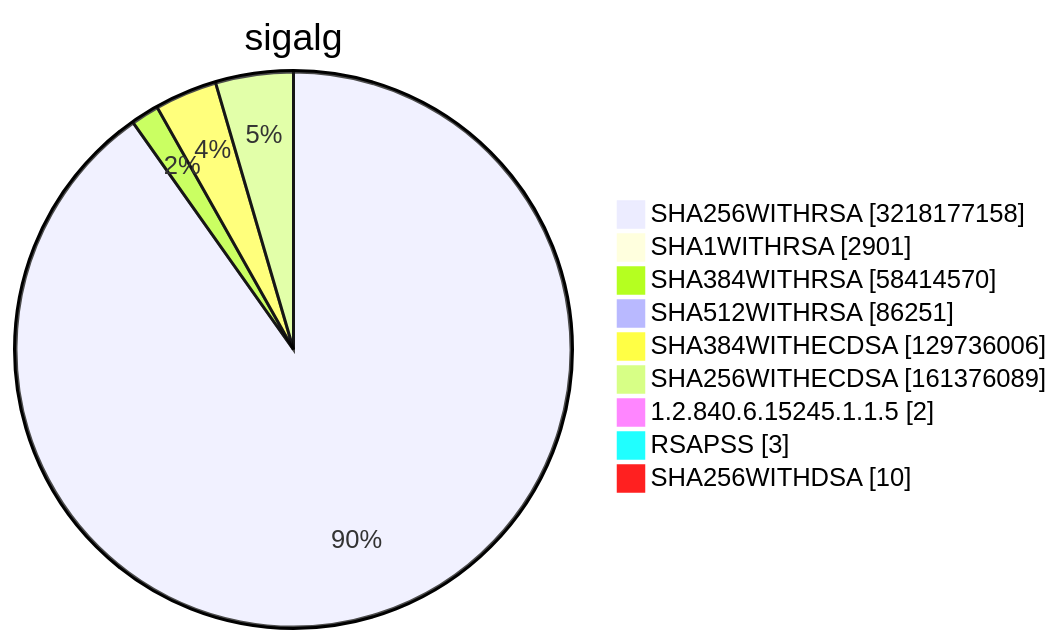
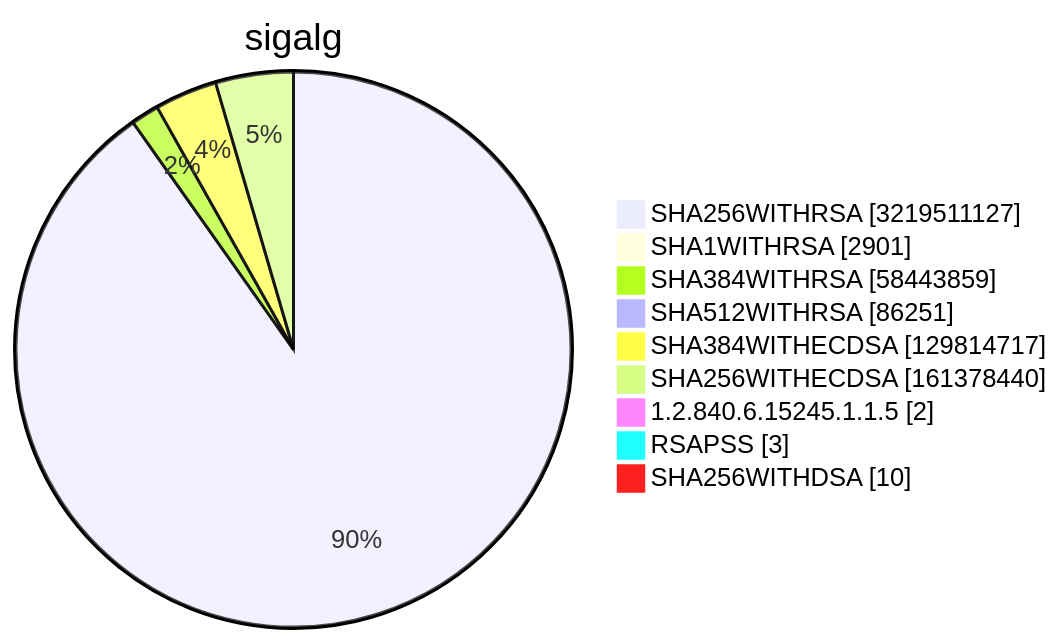
Before and after one commit to christiankrug/ctmonitor_visualization: diagram 15 of 15 in TOTAL/README.md, drawn with Mermaid. The commit also changed other lines of this file, not shown here.

````diff
--- a/TOTAL/README.md
+++ b/TOTAL/README.md
@@ -6217,13 +6217,13 @@
 ```mermaid
 pie showData
 title sigalg
-"SHA256WITHRSA" :3218177158
+"SHA256WITHRSA" :3219511127
 "SHA1WITHRSA" :2901
-"SHA384WITHRSA" :58414570
+"SHA384WITHRSA" :58443859
 "SHA512WITHRSA" :86251
-"SHA384WITHECDSA" :129736006
-"SHA256WITHECDSA" :161376089
+"SHA384WITHECDSA" :129814717
+"SHA256WITHECDSA" :161378440
 "1.2.840.6.15245.1.1.5" :2
 "RSAPSS" :3
 "SHA256WITHDSA" :10
 ```
````
